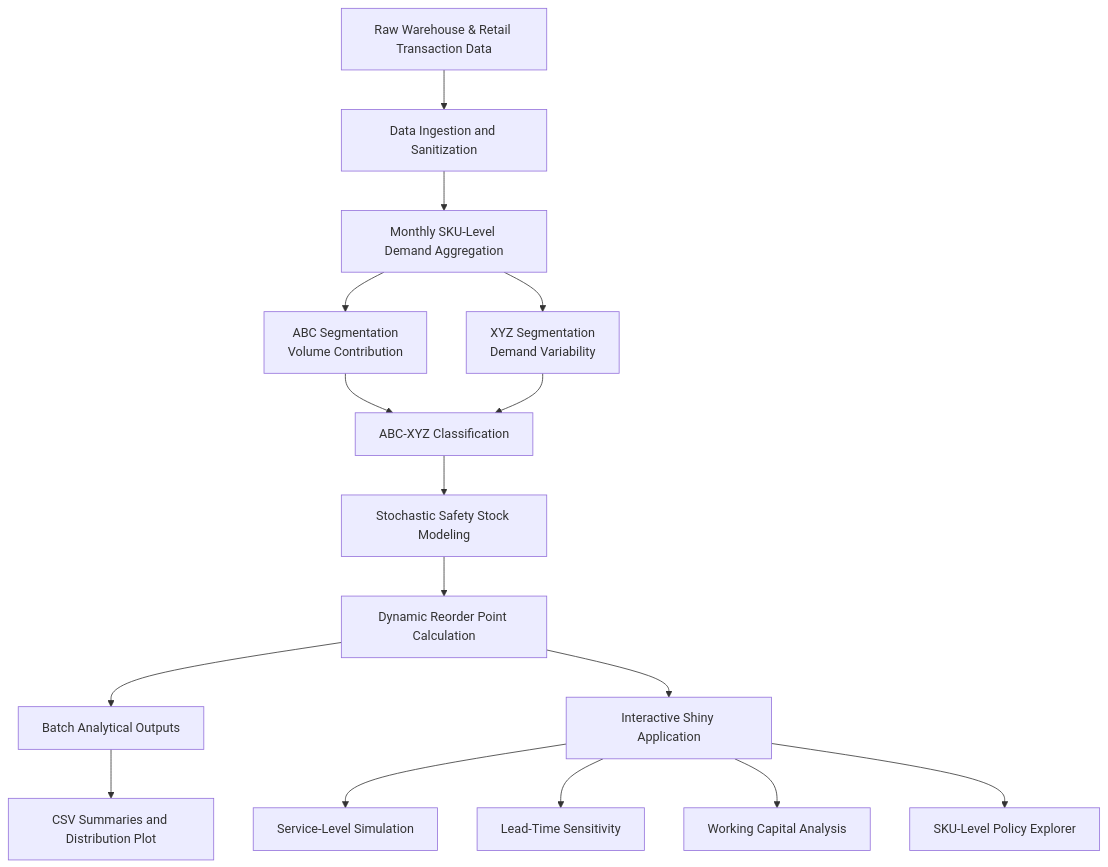
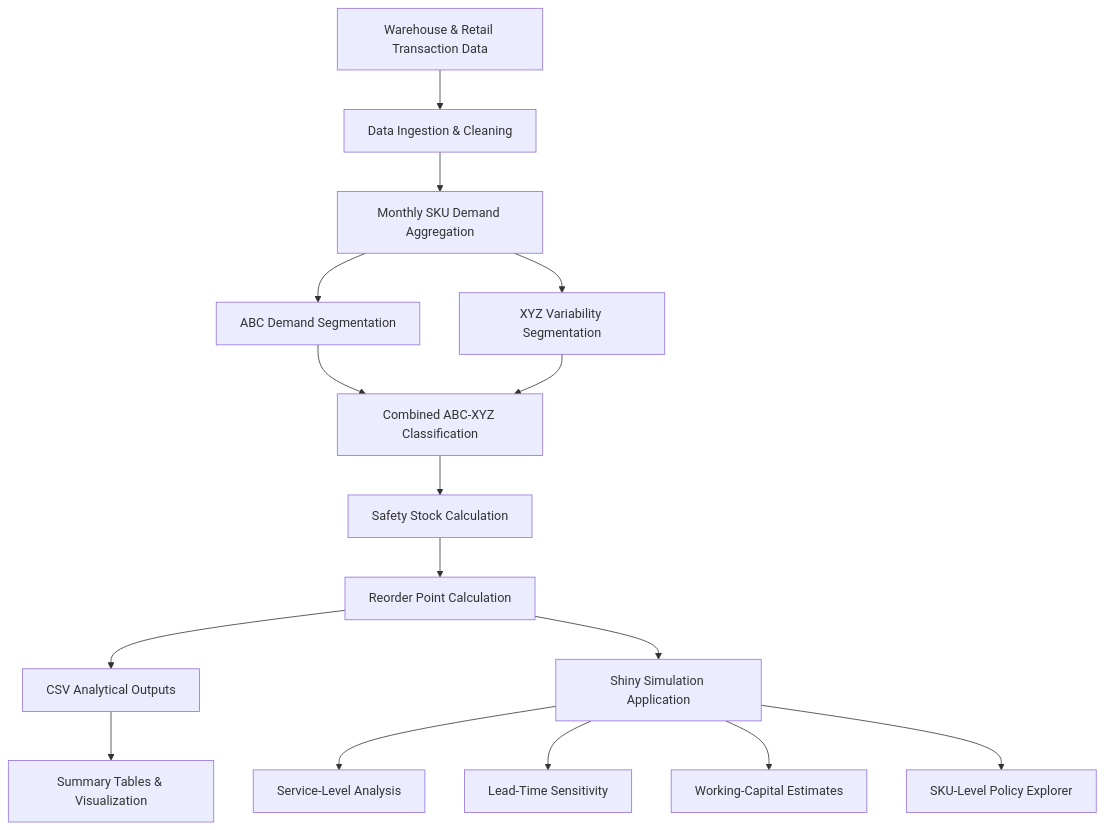
The diagram in README.md (AshutoshTembhekar/supply-chain-inventory-optimization), drawn with Mermaid before and after one commit. The commit also changed other lines of this file, not shown here.

````diff
--- a/README.md
+++ b/README.md
@@ -79,30 +79,18 @@
 ```mermaid
 flowchart TD
-    A["Raw Warehouse & Retail Transaction Data"]
-    B["Data Ingestion and Sanitization"]
-    C["Monthly SKU-Level Demand Aggregation"]
-    D["ABC Segmentation<br/>Volume Contribution"]
-    E["XYZ Segmentation<br/>Demand Variability"]
-    F["ABC-XYZ Classification"]
-    G["Stochastic Safety Stock Modeling"]
-    H["Dynamic Reorder Point Calculation"]
-    I["Batch Analytical Outputs"]
-    J["Interactive Shiny Application"]
-
-    A --> B
-    B --> C
-    C --> D
-    C --> E
-    D --> F
+    A["Warehouse & Retail Transaction Data"] --> B["Data Ingestion & Cleaning"]
+    B --> C["Monthly SKU Demand Aggregation"]
+    C --> D["ABC Demand Segmentation"]
+    C --> E["XYZ Variability Segmentation"]
+    D --> F["Combined ABC-XYZ Classification"]
     E --> F
-    F --> G
-    G --> H
-    H --> I
-    H --> J
-
-    I --> K["CSV Summaries and Distribution Plot"]
-    J --> L["Service-Level Simulation"]
+    F --> G["Safety Stock Calculation"]
+    G --> H["Reorder Point Calculation"]
+    H --> I["CSV Analytical Outputs"]
+    H --> J["Shiny Simulation Application"]
+    I --> K["Summary Tables & Visualization"]
+    J --> L["Service-Level Analysis"]
     J --> M["Lead-Time Sensitivity"]
-    J --> N["Working Capital Analysis"]
+    J --> N["Working-Capital Estimates"]
     J --> O["SKU-Level Policy Explorer"]
 ```
````
